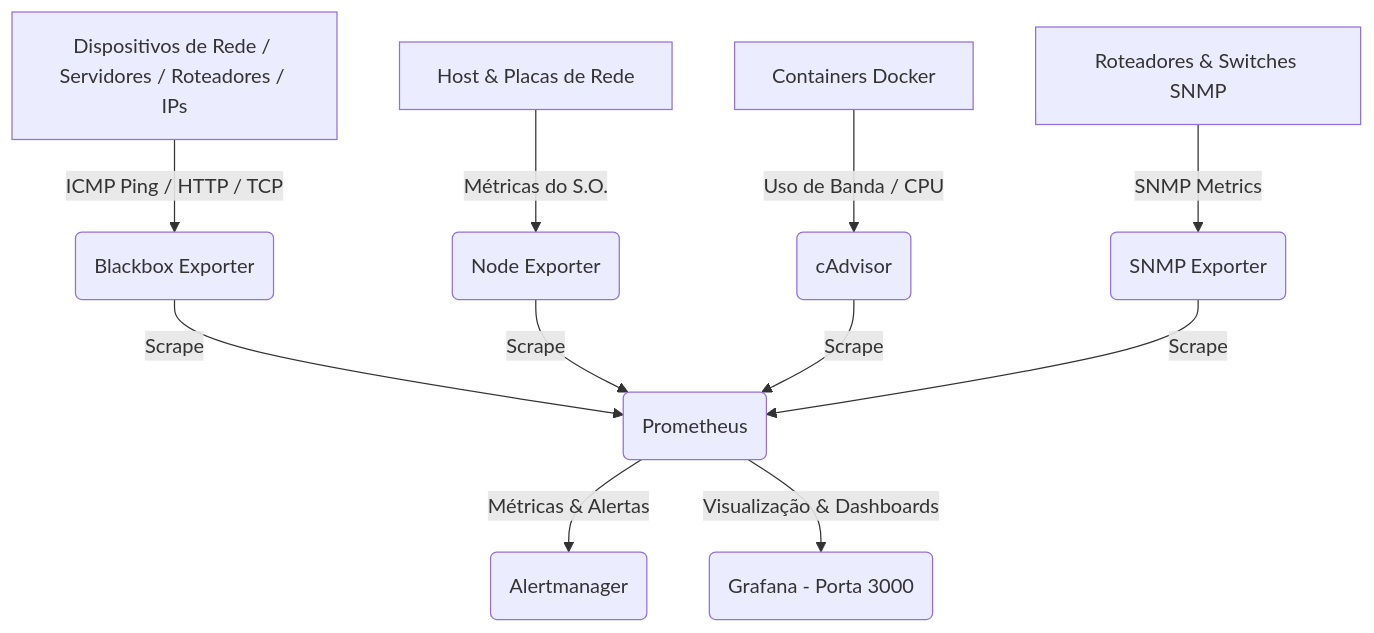
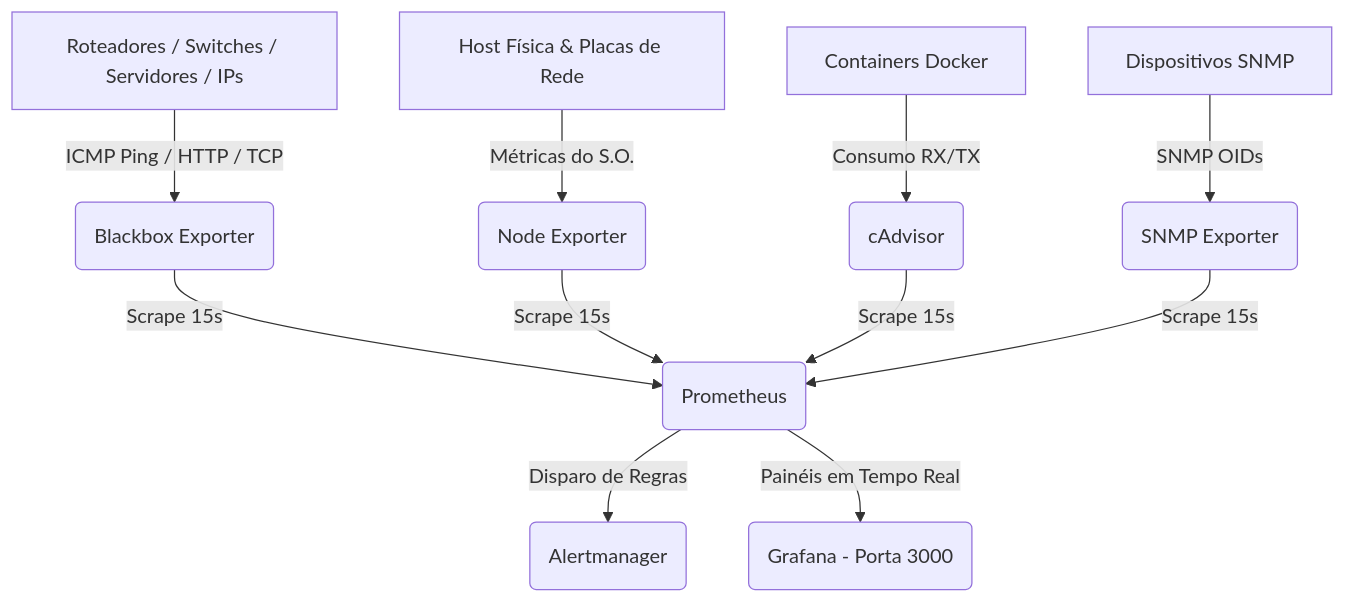
The diagram in README.md (MvitorLS/monitoramento-redes-docker), drawn with Mermaid before and after one commit. The commit also changed other lines of this file, not shown here.

````diff
--- a/README.md
+++ b/README.md
@@ -9,15 +26,15 @@
 ```mermaid
 graph TD
-    A[Dispositivos de Rede / Servidores / Roteadores / IPs] -->|ICMP Ping / HTTP / TCP| B(Blackbox Exporter)
-    C[Host & Placas de Rede] -->|Métricas do S.O.| D(Node Exporter)
-    E[Containers Docker] -->|Uso de Banda / CPU| F(cAdvisor)
-    G[Roteadores & Switches SNMP] -->|SNMP Metrics| H(SNMP Exporter)
+    A[Roteadores / Switches / Servidores / IPs] -->|ICMP Ping / HTTP / TCP| B(Blackbox Exporter)
+    C[Host Física & Placas de Rede] -->|Métricas do S.O.| D(Node Exporter)
+    E[Containers Docker] -->|Consumo RX/TX| F(cAdvisor)
+    G[Dispositivos SNMP] -->|SNMP OIDs| H(SNMP Exporter)
 
-    B -->|Scrape| I(Prometheus)
-    D -->|Scrape| I
-    F -->|Scrape| I
-    H -->|Scrape| I
+    B -->|Scrape 15s| I(Prometheus)
+    D -->|Scrape 15s| I
+    F -->|Scrape 15s| I
+    H -->|Scrape 15s| I
 
-    I -->|Métricas & Alertas| J(Alertmanager)
-    I -->|Visualização & Dashboards| K(Grafana - Porta 3000)
+    I -->|Disparo de Regras| J(Alertmanager)
+    I -->|Painéis em Tempo Real| K(Grafana - Porta 3000)
 ```
````
